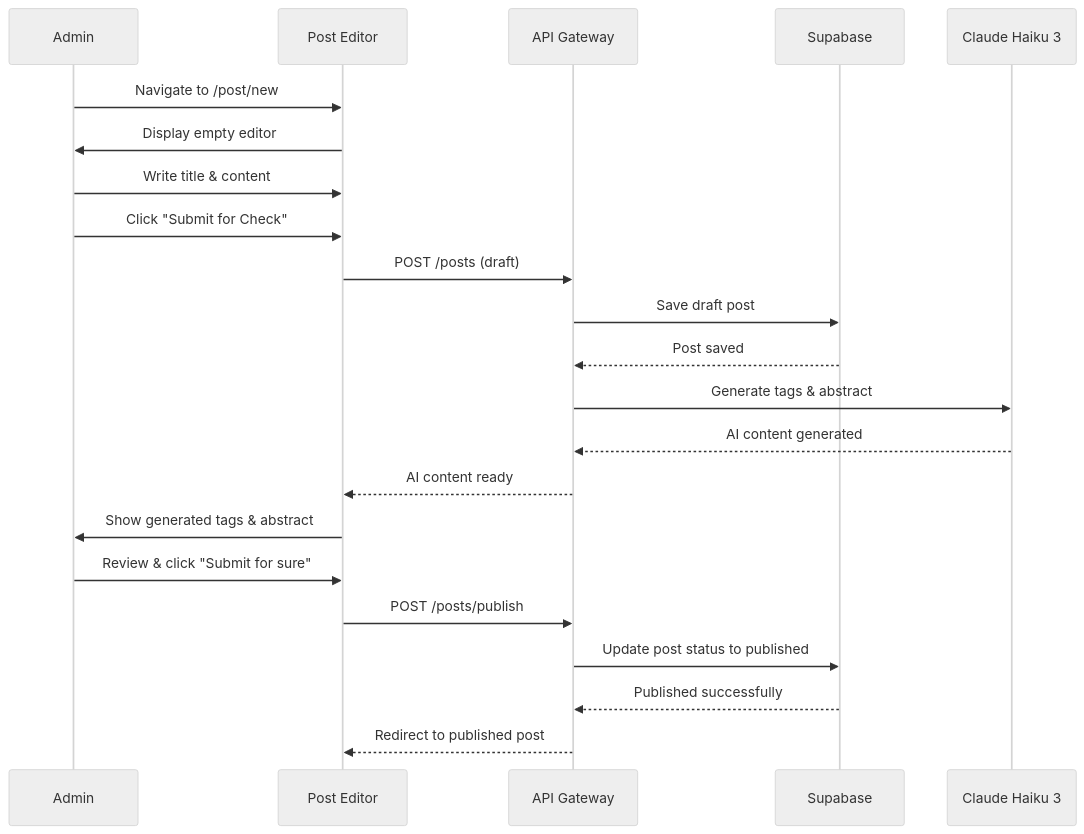
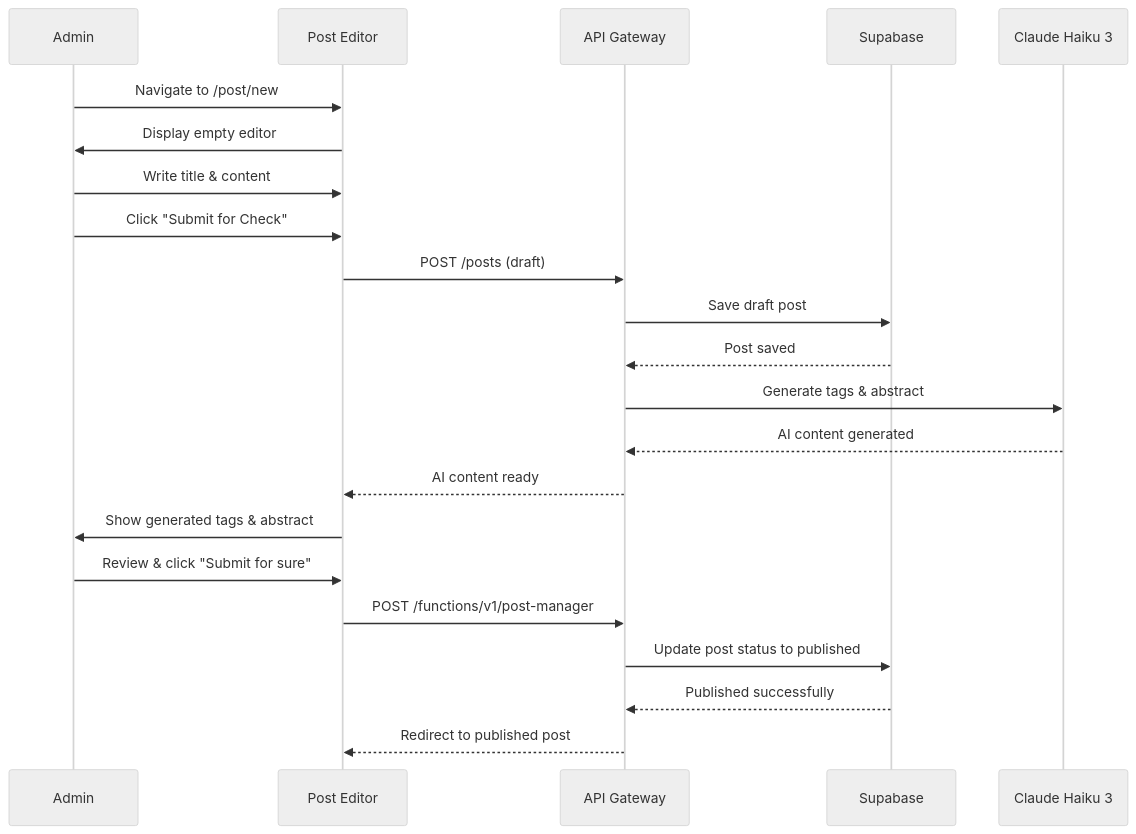
The first of 6 diagrams in prd/02-content-management.md (jkjan/nowhereland), drawn with Mermaid (neutral theme) before and after one commit. The commit also changed other lines of this file and 18 other files, not shown here.

````diff
--- a/prd/02-content-management.md
+++ b/prd/02-content-management.md
@@ -64,29 +65,29 @@
 ```mermaid
 sequenceDiagram
     participant A as Admin
     participant UI as Post Editor
     participant API as API Gateway
     participant SUPA as Supabase
     participant AI as Claude Haiku 3
     
     A->>UI: Navigate to /post/new
     UI->>A: Display empty editor
     A->>UI: Write title & content
     A->>UI: Click "Submit for Check"
     
     UI->>API: POST /posts (draft)
     API->>SUPA: Save draft post
     SUPA-->>API: Post saved
     
     API->>AI: Generate tags & abstract
     AI-->>API: AI content generated
     
     API-->>UI: AI content ready
     UI->>A: Show generated tags & abstract
     A->>UI: Review & click "Submit for sure"
     
-    UI->>API: POST /posts/publish
+    UI->>API: POST /functions/v1/post-manager
     API->>SUPA: Update post status to published
     SUPA-->>API: Published successfully
     API-->>UI: Redirect to published post
 ```
````
